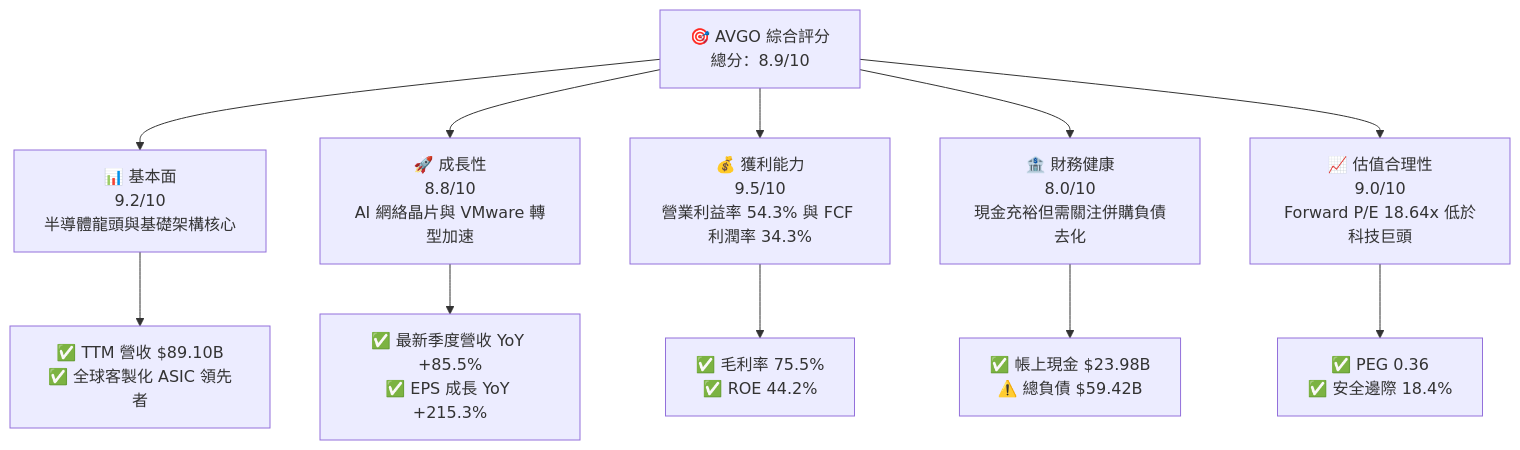
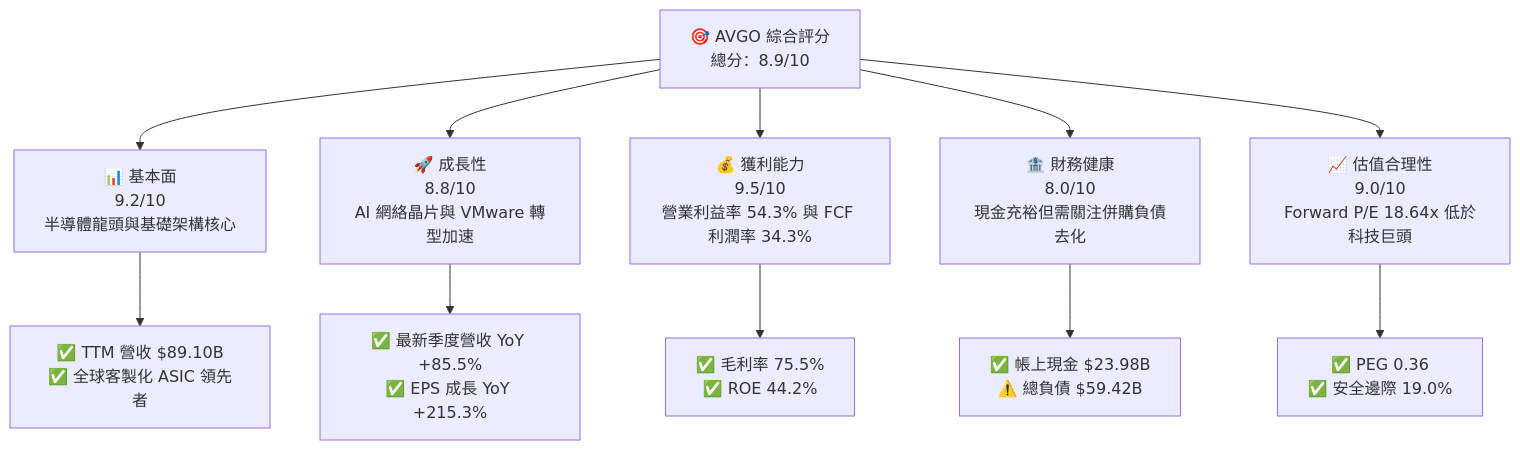
Before and after one commit to yennanliu/finance_data: the first of 15 diagrams in ai_gen_report/fundamental/avgo/fundamental_analysis_2026-10-10_gemini-2.md, drawn with Mermaid. The commit also changed other lines of this file and 339 other files, not shown here.

````diff
--- a/ai_gen_report/fundamental/avgo/fundamental_analysis_2026-10-10_gemini-2.md
+++ b/ai_gen_report/fundamental/avgo/fundamental_analysis_2026-10-10_gemini-2.md
@@ -58,22 +65,22 @@
 ```mermaid
 graph TD
     TICKER["🎯 AVGO 綜合評分<br/>總分：8.9/10"]
 
     F["📊 基本面<br/>9.2/10<br/>半導體龍頭與基礎架構核心"]
     G["🚀 成長性<br/>8.8/10<br/>AI 網絡晶片與 VMware 轉型加速"]
     P["💰 獲利能力<br/>9.5/10<br/>營業利益率 54.3% 與 FCF 利潤率 34.3%"]
     B["🏦 財務健康<br/>8.0/10<br/>現金充裕但需關注併購負債去化"]
     V["📈 估值合理性<br/>9.0/10<br/>Forward P/E 18.64x 低於科技巨頭"]
 
     TICKER --> F
     TICKER --> G
     TICKER --> P
     TICKER --> B
     TICKER --> V
 
     F --> F1["✅ TTM 營收 $89.10B<br/>✅ 全球客製化 ASIC 領先者"]
     G --> G1["✅ 最新季度營收 YoY +85.5%<br/>✅ EPS 成長 YoY +215.3%"]
     P --> P1["✅ 毛利率 75.5%<br/>✅ ROE 44.2%"]
     B --> B1["✅ 帳上現金 $23.98B<br/>⚠️ 總負債 $59.42B"]
-    V --> V1["✅ PEG 0.36<br/>✅ 安全邊際 18.4%"]
+    V --> V1["✅ PEG 0.36<br/>✅ 安全邊際 19.0%"]
 ```
````
